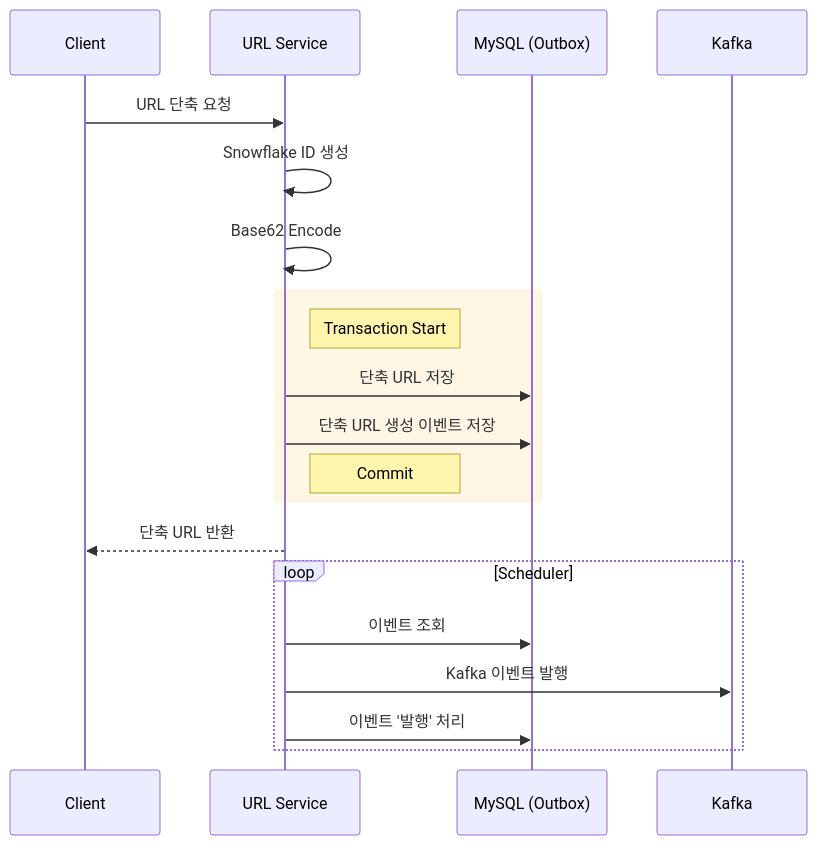
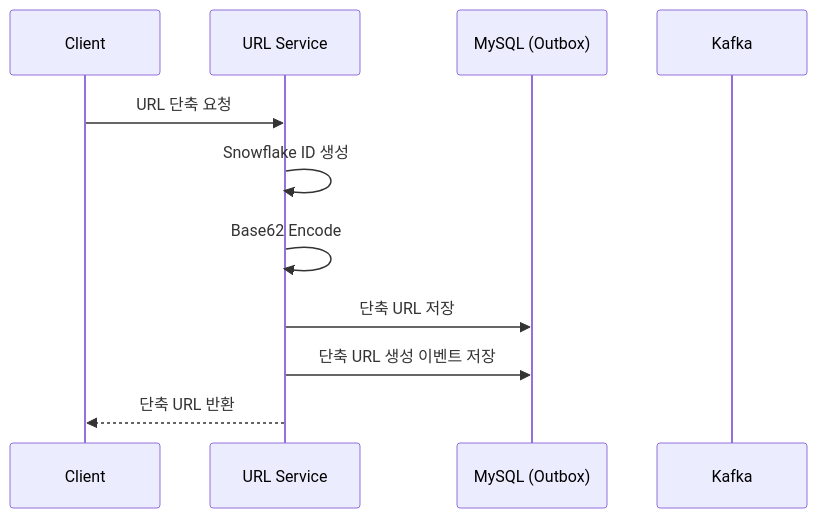
Before and after one commit to youKeon/shortly: the first of 2 diagrams in README.md, drawn with Mermaid. The commit also changed other lines of this file and 5 other files, not shown here.

````diff
--- a/README.md
+++ b/README.md
@@ -33,30 +33,13 @@
 ```mermaid
 sequenceDiagram
   participant Client
   participant US as URL Service
   participant DB as MySQL (Outbox)
   participant Kafka
-
-  Client->>US: URL 단축 요청
-  US->>US: Snowflake ID 생성
-  US->>US: Base62 Encode
-
-%% Transaction Boundary (URL Service + DB)
-  rect rgba(255, 230, 180, 0.35)
-    Note right of US: Transaction Start
-
-    US->>DB: 단축 URL 저장
-    US->>DB: 단축 URL 생성 이벤트 저장
-
-    Note right of US: Commit
-  end
-
-  US-->>Client: 단축 URL 반환
-
-  loop Scheduler
-    US->>DB: 이벤트 조회
-    US->>Kafka: Kafka 이벤트 발행
-    US->>DB: 이벤트 '발행' 처리
-  end
-
+  Client ->> US: URL 단축 요청
+  US ->> US: Snowflake ID 생성
+  US ->> US: Base62 Encode
+  US ->> DB: 단축 URL 저장
+  US ->> DB: 단축 URL 생성 이벤트 저장
+  US -->> Client: 단축 URL 반환
 ```
````
